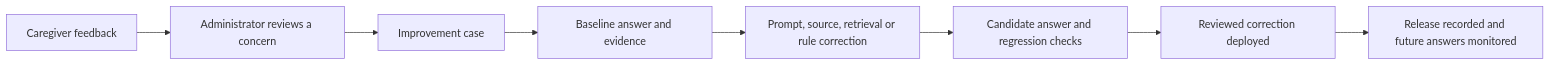
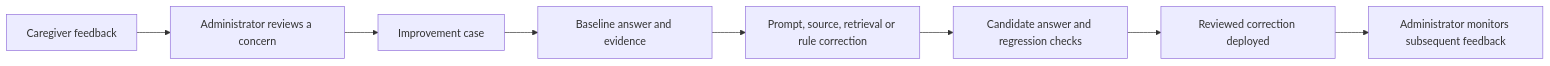
One commit to Vinit-Rabadiya/parenting-voice-assistant changed the diagram in docs/feedback-loop.md. Above: the diagram before and after it, drawn with Mermaid. The commit also changed other lines of this file and 6 other files, not shown here.

Commit message:
fix(admin): remove release recording from feedback cases

````diff
--- a/docs/feedback-loop.md
+++ b/docs/feedback-loop.md
@@ -15,10 +16,10 @@
 ```mermaid
 flowchart LR
     A[Caregiver feedback] --> B[Administrator reviews a concern]
     B --> C[Improvement case]
     C --> D[Baseline answer and evidence]
     D --> E[Prompt, source, retrieval or rule correction]
     E --> F[Candidate answer and regression checks]
     F --> G[Reviewed correction deployed]
-    G --> H[Release recorded and future answers monitored]
+    G --> H[Administrator monitors subsequent feedback]
 ```
````
